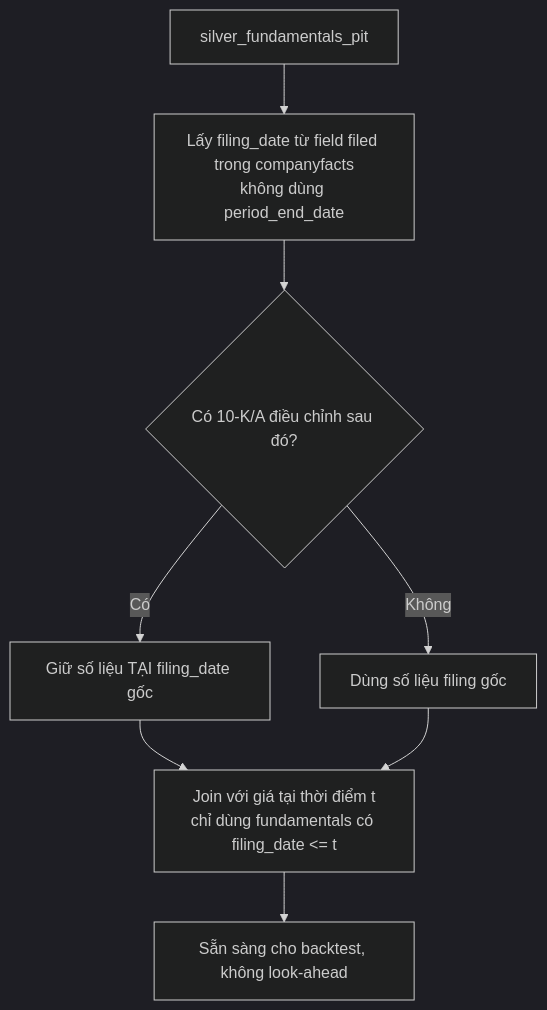
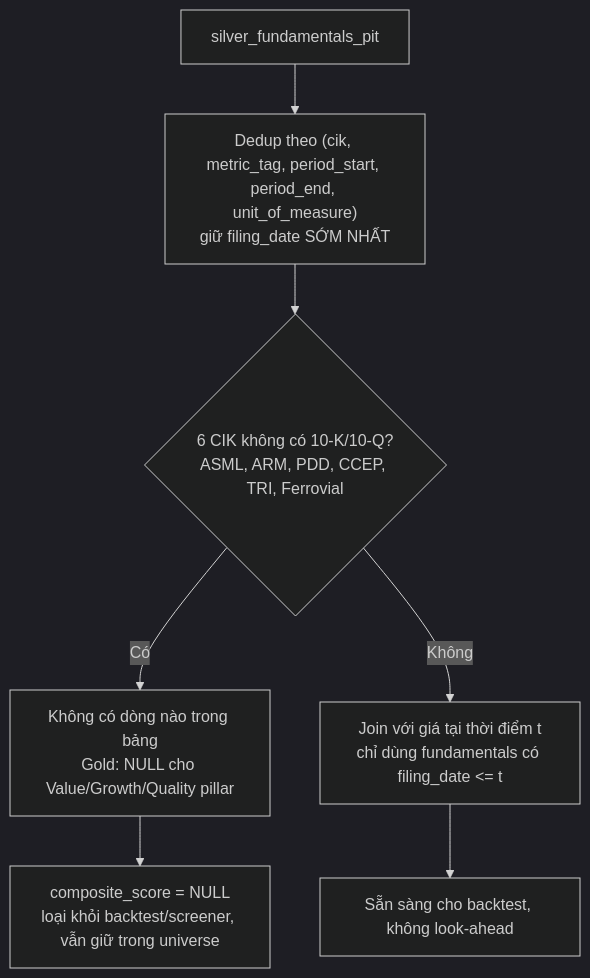
The third of 7 diagrams in data-flow.md (PhucTruong11/NASDAQ100-Quantamental), drawn with Mermaid (dark theme) before and after one commit. The commit also changed other lines of this file and 8 other files, not shown here.

Commit message:
Create files silver models & schema

````diff
--- a/data-flow.md
+++ b/data-flow.md
@@ -168,10 +168,9 @@
 ```mermaid
 graph TD
-    A[silver_fundamentals_pit] --> B[Lấy filing_date từ field filed trong companyfacts<br/>không dùng period_end_date]
-    B --> C{Có 10-K/A điều chỉnh sau đó?}
-    C -- Có --> D[Giữ số liệu TẠI filing_date gốc]
-    C -- Không --> E[Dùng số liệu filing gốc]
-    D --> F[Join với giá tại thời điểm t<br/>chỉ dùng fundamentals có filing_date <= t]
-    E --> F
-    F --> G[Sẵn sàng cho backtest, không look-ahead]
+    A[silver_fundamentals_pit] --> B["Dedup theo (cik, metric_tag, period_start, period_end, unit_of_measure)<br/>giữ filing_date SỚM NHẤT"]
+    B --> C{6 CIK không có 10-K/10-Q?<br/>ASML, ARM, PDD, CCEP, TRI, Ferrovial}
+    C -- Có --> D[Không có dòng nào trong bảng<br/>Gold: NULL cho Value/Growth/Quality pillar]
+    C -- Không --> E[Join với giá tại thời điểm t<br/>chỉ dùng fundamentals có filing_date <= t]
+    D --> F["composite_score = NULL<br/>loại khỏi backtest/screener, vẫn giữ trong universe"]
+    E --> G[Sẵn sàng cho backtest, không look-ahead]
 ```
````
